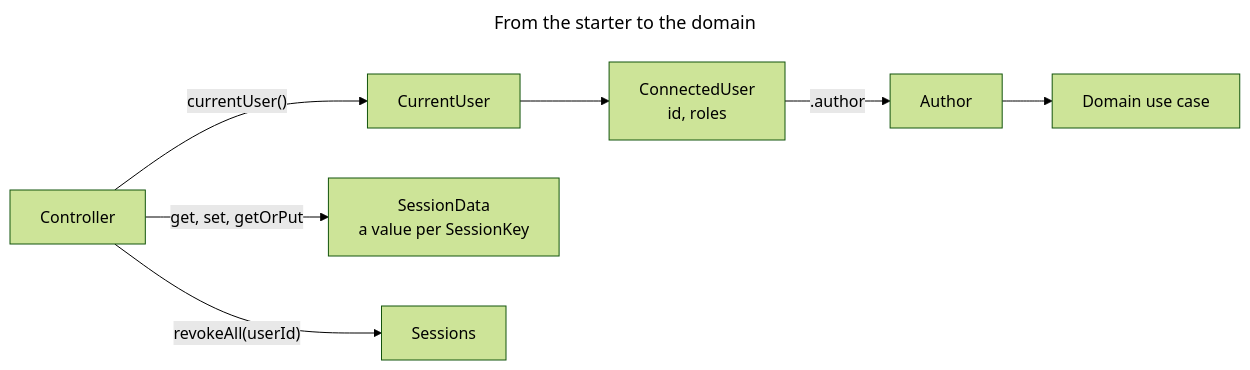
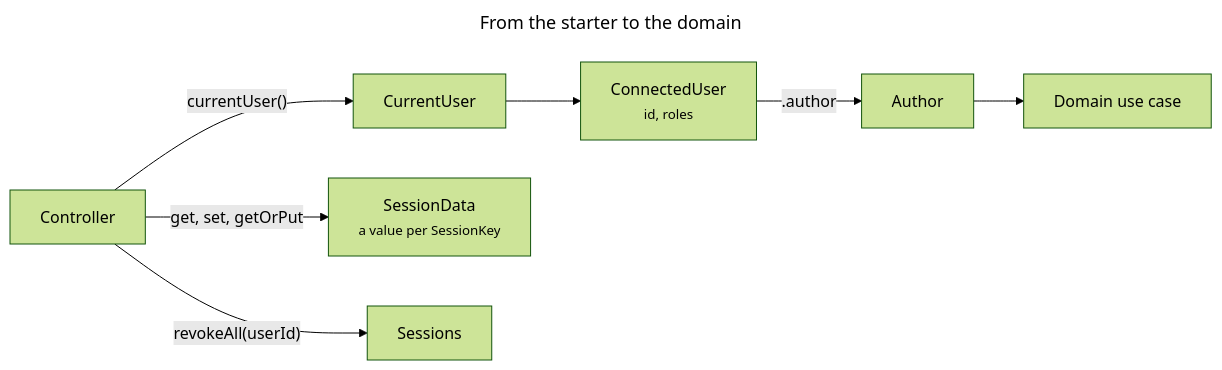
One commit to mboisnard/drinkit changed the seventh of 7 diagrams in docs/content/en/3.reference/2.security/1.principles.md. Above: the diagram before and after it, drawn with Mermaid (forest theme). The commit also changed other lines of this file and 8 other files, not shown here.

First line of the commit message:
[DOCUMENTATION] Draw the diagrams as simply as the A+ design (#666)

````diff
--- a/docs/content/en/3.reference/2.security/1.principles.md
+++ b/docs/content/en/3.reference/2.security/1.principles.md
@@ -377,12 +333,12 @@
 ```mermaid
 ---
 title: From the starter to the domain
 ---
 flowchart LR
   controller[Controller] -- "currentUser()" --> current[CurrentUser]
-  current --> connected["ConnectedUser<br/>id, roles"]
+  current --> connected["ConnectedUser<br/><small>id, roles</small>"]
   connected -- ".author" --> author[Author]
   author --> domain[Domain use case]
-  controller -- "get, set, getOrPut" --> data["SessionData<br/>a value per SessionKey"]
+  controller -- "get, set, getOrPut" --> data["SessionData<br/><small>a value per SessionKey</small>"]
   controller -- "revokeAll(userId)" --> sessions[Sessions]
 ```
````
